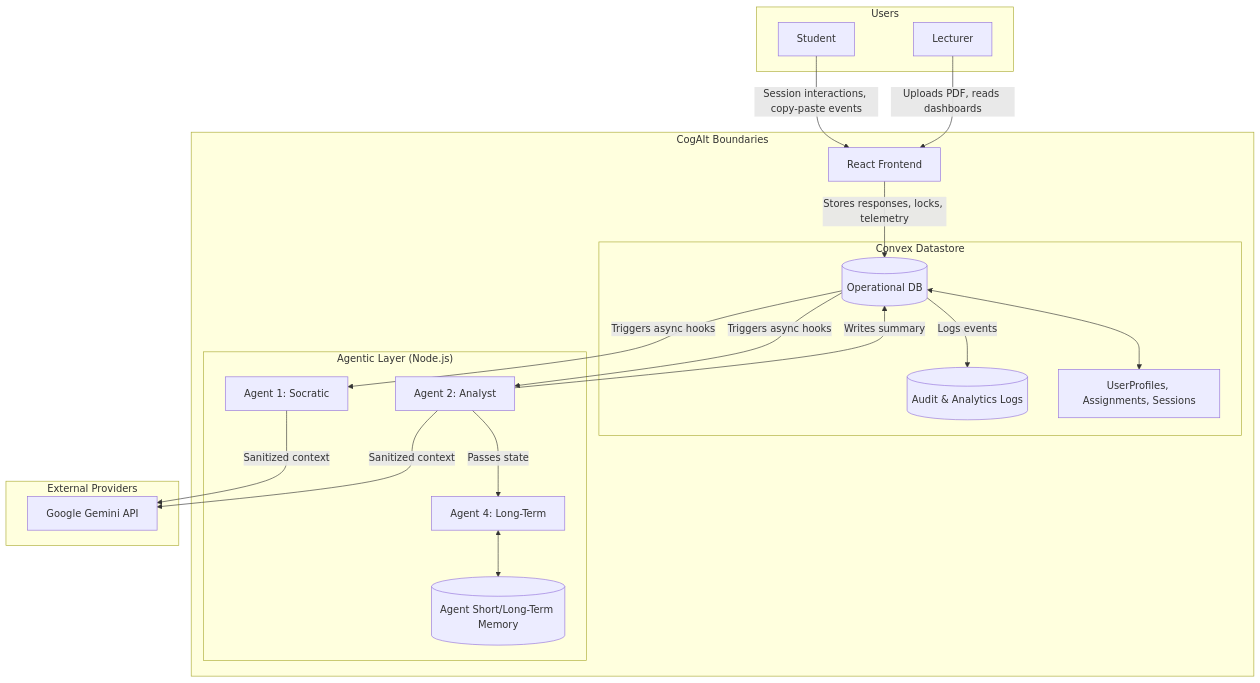
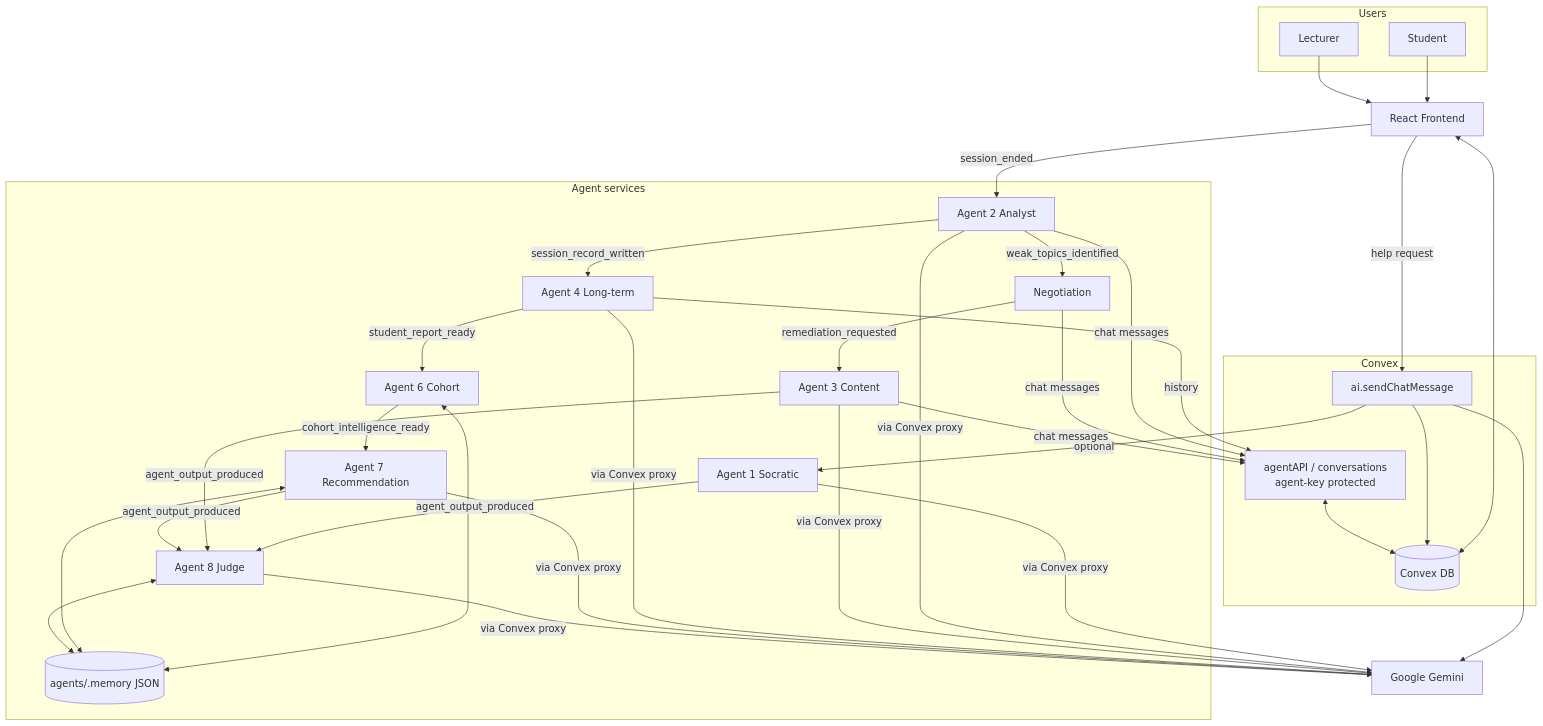
Before and after one commit to mohanreddythippireddy14-cell/CogAIt: the diagram in docs/assets/diagrams/04_data_flow.md, drawn with Mermaid. The commit also changed 13 other files, not shown here.

````diff
--- a/docs/assets/diagrams/04_data_flow.md
+++ b/docs/assets/diagrams/04_data_flow.md
@@ -3,44 +3,50 @@
 ```mermaid
 flowchart TD
     subgraph Users
         S[Student]
         L[Lecturer]
     end
 
-    subgraph "CogAIt Boundaries"
-        UI[React Frontend]
-        
-        subgraph "Convex Datastore"
-            DB[(Operational DB)]
-            Logs[(Audit & Analytics Logs)]
-            Tables[UserProfiles, Assignments, Sessions]
-        end
-
-        subgraph "Agentic Layer (Node.js)"
-            A1[Agent 1: Socratic]
-            A2[Agent 2: Analyst]
-            A4[Agent 4: Long-Term]
-            Mem[(Agent Short/Long-Term Memory)]
-        end
+    UI[React Frontend]
+    subgraph Convex
+        DB[(Convex DB)]
+        Tutor[ai.sendChatMessage]
+        API[agentAPI / conversations
+agent-key protected]
     end
 
-    subgraph "External Providers"
-        LLM[Google Gemini API]
+    subgraph Agents["Agent services"]
+        A1[Agent 1 Socratic]
+        A2[Agent 2 Analyst]
+        N[Negotiation]
+        A3[Agent 3 Content]
+        A4[Agent 4 Long-term]
+        A6[Agent 6 Cohort]
+        A7[Agent 7 Recommendation]
+        A8[Agent 8 Judge]
+        Mem[(agents/.memory JSON)]
     end
 
-    S -->|Session interactions, copy-paste events| UI
-    L -->|Uploads PDF, reads dashboards| UI
-    
-    UI -->|Stores responses, locks, telemetry| DB
-    DB <--> Tables
-    DB -->|Logs events| Logs
+    LLM[Google Gemini]
 
-    DB -->|Triggers async hooks| A1
-    DB -->|Triggers async hooks| A2
-    A2 -->|Writes summary| DB
-    A2 -->|Passes state| A4
-    A4 <--> Mem
+    S --> UI
+    L --> UI
+    UI <--> DB
+    UI -->|help request| Tutor
+    Tutor -->|optional| A1
+    Tutor --> LLM
+    Tutor --> DB
 
-    A1 -->|Sanitized context| LLM
-    A2 -->|Sanitized context| LLM
+    UI -->|session_ended| A2
+    A2 -->|weak_topics_identified| N
+    N -->|remediation_requested| A3
+    A2 -->|session_record_written| A4
+    A4 -->|history| API
+    A4 -->|student_report_ready| A6
+    A6 -->|cohort_intelligence_ready| A7
+    A1 & A3 & A7 -->|agent_output_produced| A8
+    A2 & N & A3 -->|chat messages| API
+    API <--> DB
+    A6 & A7 & A8 <--> Mem
+    A1 & A2 & A3 & A4 & A7 & A8 -->|via Convex proxy| LLM
 ```
````
